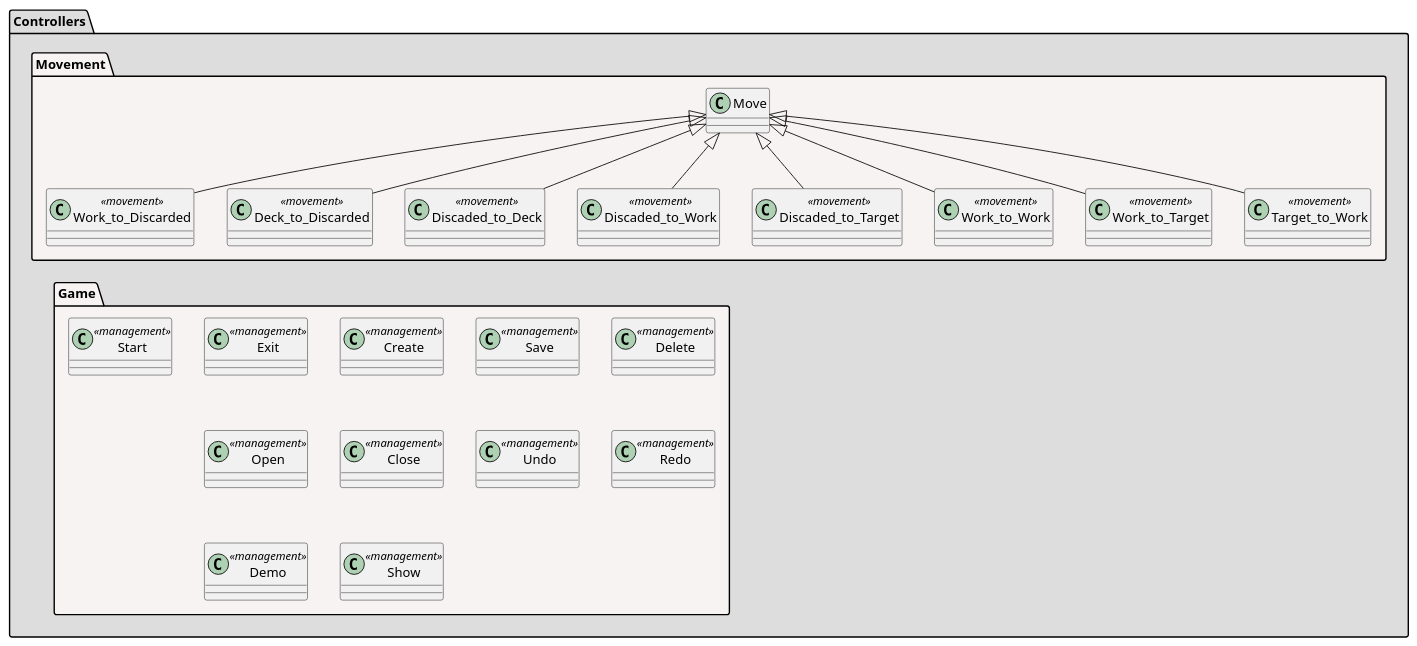
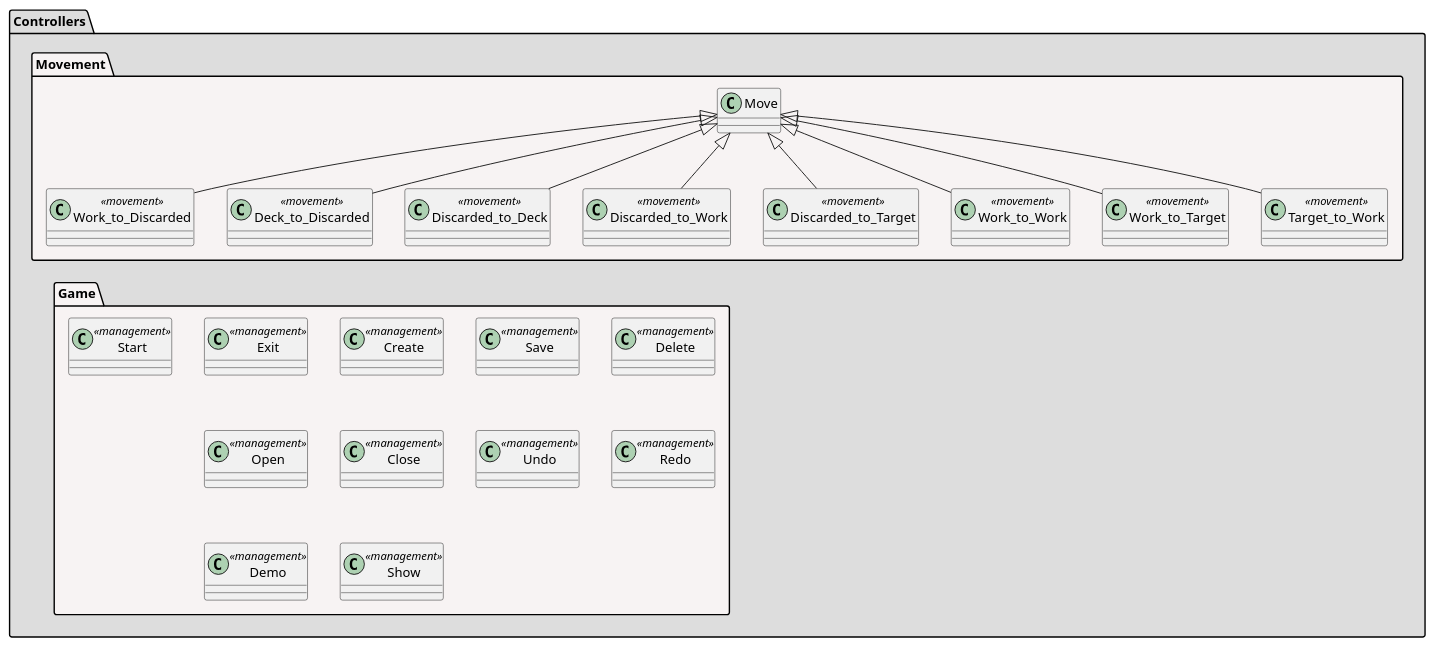
The diagram in uml/logic-view/architecture/controllers.puml (hombrenieve/klondike_rup), drawn with PlantUML before and after one commit. The commit also changed 3 other files, not shown here.

Commit message:
Add move-deck-discarded-sequence and change waste for discarded.

```diff
--- a/uml/logic-view/architecture/controllers.puml
+++ b/uml/logic-view/architecture/controllers.puml
@@ -1,43 +1,43 @@
 @startuml
 
 package "Controllers" #DDDDDD {
     package "Movement" #F7F3F3 {
         class Move
         class Deck_to_Discarded << movement >>
-        class Discaded_to_Deck << movement >>
-        class Discaded_to_Work << movement >>
-        class Discaded_to_Target << movement >>
+        class Discarded_to_Deck << movement >>
+        class Discarded_to_Work << movement >>
+        class Discarded_to_Target << movement >>
         class Work_to_Discarded << movement >>
         class Work_to_Work << movement >>
         class Work_to_Target << movement >>
         class Target_to_Work << movement >>
 
         Deck_to_Discarded -up-|> Move
-        Discaded_to_Deck -up-|> Move
-        Discaded_to_Work -up-|> Move
-        Discaded_to_Target -up-|> Move
+        Discarded_to_Deck -up-|> Move
+        Discarded_to_Work -up-|> Move
+        Discarded_to_Target -up-|> Move
         Work_to_Discarded -up-|> Move
         Work_to_Work -up-|> Move
         Work_to_Target -up-|> Move
         Target_to_Work -up-|> Move
 
     }
 
     package "Game" #F7F3F3 {
         class Start << management >>
         class Exit << management >>
         class Create << management >>
         class Save << management >>
         class Delete << management >>
         class Open << management >>
         class Close << management >>
         class Undo << management >>
         class Redo << management >>
         class Demo << management >>
         class Show << management >>
     }
     ' Just for layout pourposes
     Start -[hidden]up-> Work_to_Discarded
 }
 
 @enduml
```
